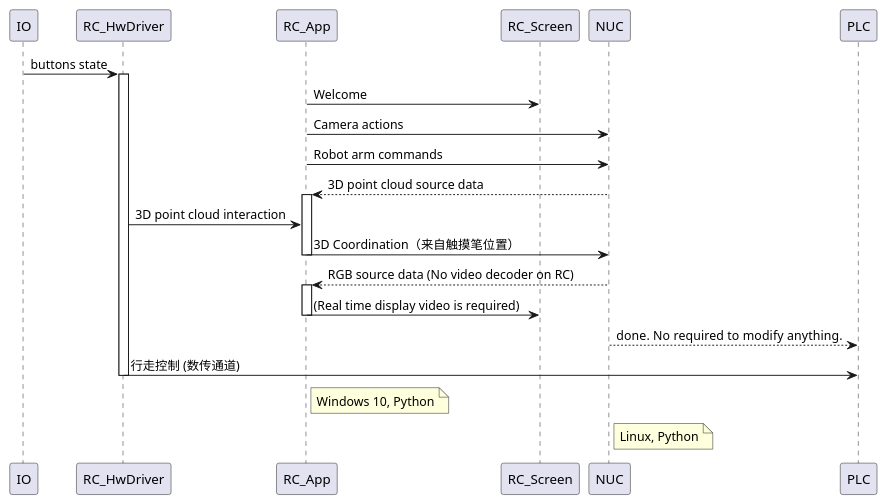
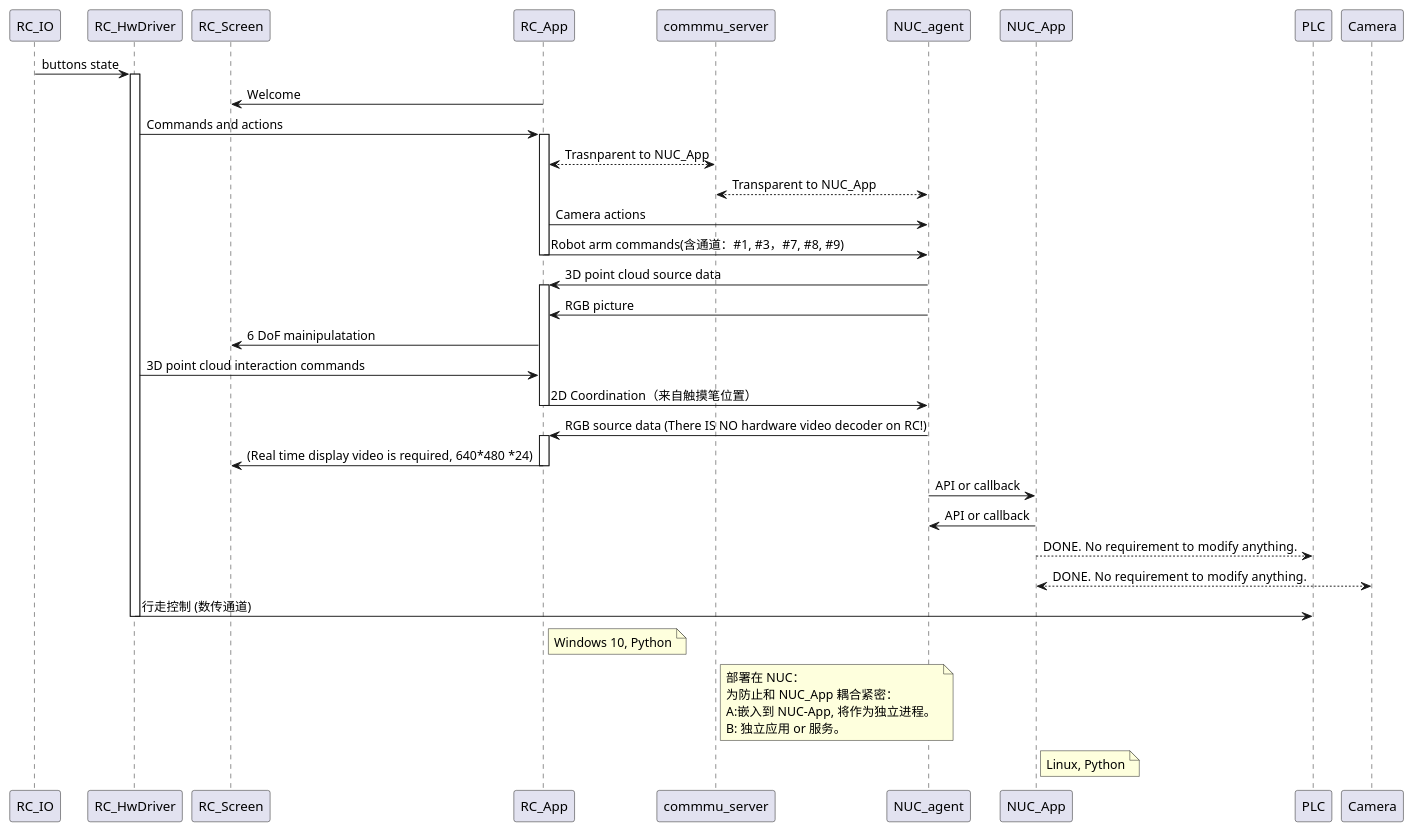
Before and after one commit to voicevon/gobot_front: the diagram in apps/RC-ShanDa/docs/sequrence.puml, drawn with PlantUML. The commit also changed 10 other files, not shown here.

```diff
--- a/apps/RC-ShanDa/docs/sequrence.puml
+++ b/apps/RC-ShanDa/docs/sequrence.puml
@@ -1,28 +1,42 @@
 @startuml
 
-IO -> RC_HwDriver: buttons state
+RC_IO -> RC_HwDriver: buttons state
 activate RC_HwDriver
-RC_App -> RC_Screen: Welcome
-RC_App -> NUC: Camera actions
-RC_App -> NUC: Robot arm commands
+' RC_App -> RC_Screen: Welcome
+RC_Screen <- RC_App: Welcome
 
-RC_App <-- NUC: 3D point cloud source data
+RC_HwDriver ->RC_App: Commands and actions
 activate RC_App
+RC_App <--> commmu_server: Trasnparent to NUC_App
+commmu_server <--> NUC_agent: Transparent to NUC_App
 
-RC_HwDriver -> RC_App: 3D point cloud interaction
-RC_App -> NUC: 3D Coordination（来自触摸笔位置）
+RC_App -> NUC_agent: Camera actions
+RC_App -> NUC_agent: Robot arm commands(含通道：#1, #3，#7, #8, #9)
 deactivate RC_App
 
-RC_App <-- NUC: RGB source data (No video decoder on RC)
+RC_App <- NUC_agent: 3D point cloud source data
 activate RC_App
-RC_App -> RC_Screen: (Real time display video is required)
+RC_App <- NUC_agent: RGB picture
+RC_App -> RC_Screen: 6 DoF mainipulatation
+RC_HwDriver -> RC_App: 3D point cloud interaction commands
+RC_App -> NUC_agent: 2D Coordination（来自触摸笔位置）
 deactivate RC_App
 
-NUC ---> PLC: done.  No required to modify anything.
+RC_App <- NUC_agent: RGB source data (There IS NO hardware video decoder on RC!)
+activate RC_App
+RC_App -> RC_Screen: (Real time display video is required, 640*480 *24)
+deactivate RC_App
+
+NUC_agent -> NUC_App: API or callback
+NUC_agent <- NUC_App: API or callback
+
+NUC_App ---> PLC: DONE.  No requirement to modify anything.
+NUC_App <--> Camera:DONE.  No requirement to modify anything.
 
 RC_HwDriver -> PLC: 行走控制 (数传通道)
 note right of RC_App: Windows 10, Python
-note right of NUC: Linux, Python
+note right of commmu_server : 部署在 NUC：\n为防止和 NUC_App 耦合紧密： \nA:嵌入到 NUC-App, 将作为独立进程。 \nB: 独立应用 or 服务。
+note right of NUC_App: Linux, Python
 deactivate RC_HwDriver
 
 @enduml
```
